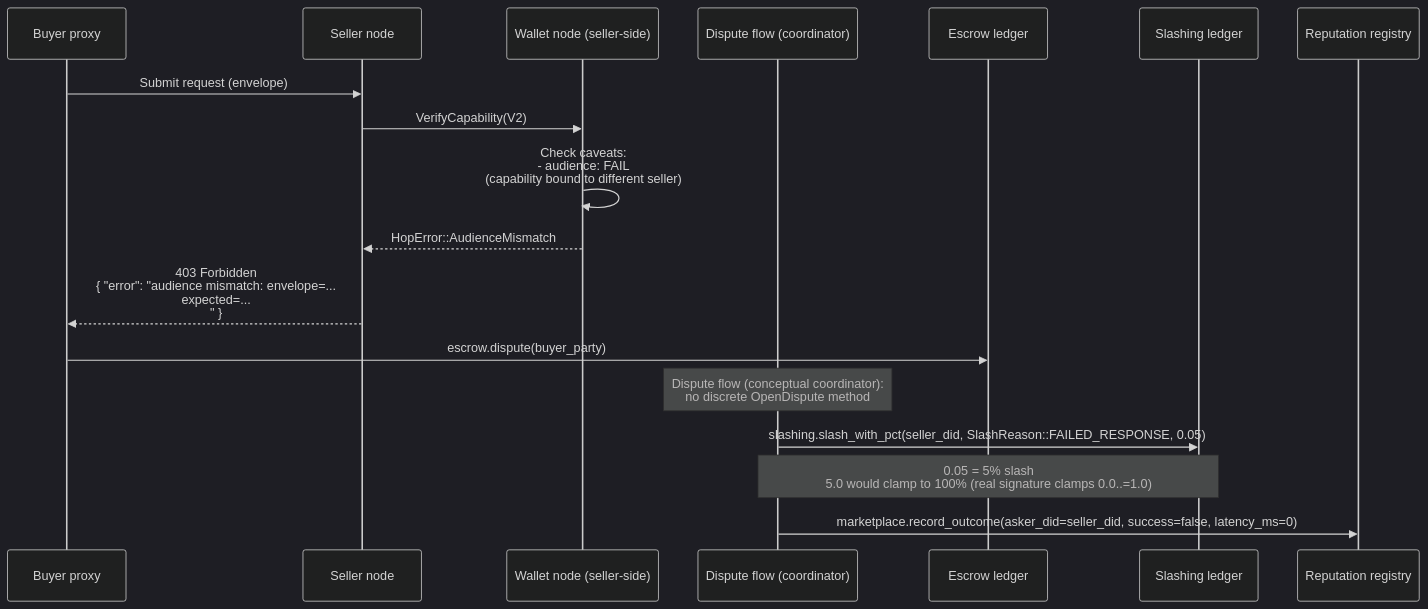
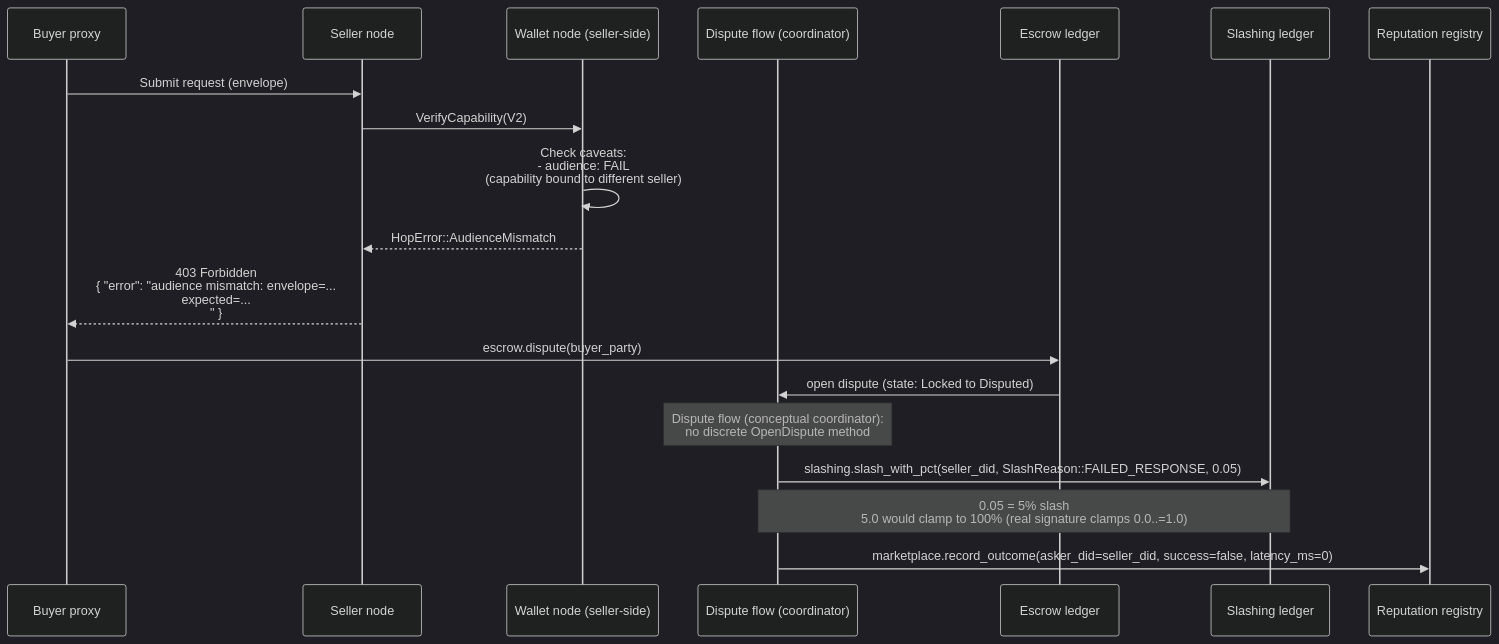
One commit to CipherOcto/cipherocto changed diagram 13 of 14 in docs/architecture/end-to-end-scenarios.md. Above: the diagram before and after it, drawn with Mermaid (dark theme). The commit also changed other lines of this file, not shown here.

First line of the commit message:
docs(architecture): round 9 review fixes (RelayScore, anchors, mermaid participants, phase labels)

````diff
--- a/docs/architecture/end-to-end-scenarios.md
+++ b/docs/architecture/end-to-end-scenarios.md
@@ -572,22 +572,23 @@
 ```mermaid
 sequenceDiagram
     participant P0 as Buyer proxy
     participant SN as Seller node
     participant W as Wallet node (seller-side)
     participant D as Dispute flow (coordinator)
     participant E as Escrow ledger
     participant SL as Slashing ledger
     participant RR as Reputation registry
 
     P0->>SN: Submit request (envelope)
     SN->>W: VerifyCapability(V2)
     W->>W: Check caveats:<br/>  - audience: FAIL<br/>(capability bound to different seller)
     W-->>SN: HopError::AudienceMismatch
     SN-->>P0: 403 Forbidden<br/>{ "error": "audience mismatch: envelope=...<br/>  expected=...<br/>" }
 
     P0->>E: escrow.dispute(buyer_party)
+    E->>D: open dispute (state: Locked to Disputed)
     Note over D: Dispute flow (conceptual coordinator):<br/>no discrete OpenDispute method
     D->>SL: slashing.slash_with_pct(seller_did, SlashReason::FAILED_RESPONSE, 0.05)
     Note over D,SL: 0.05 = 5% slash<br/>5.0 would clamp to 100% (real signature clamps 0.0..=1.0)
     D->>RR: marketplace.record_outcome(asker_did=seller_did, success=false, latency_ms=0)
 ```
````
